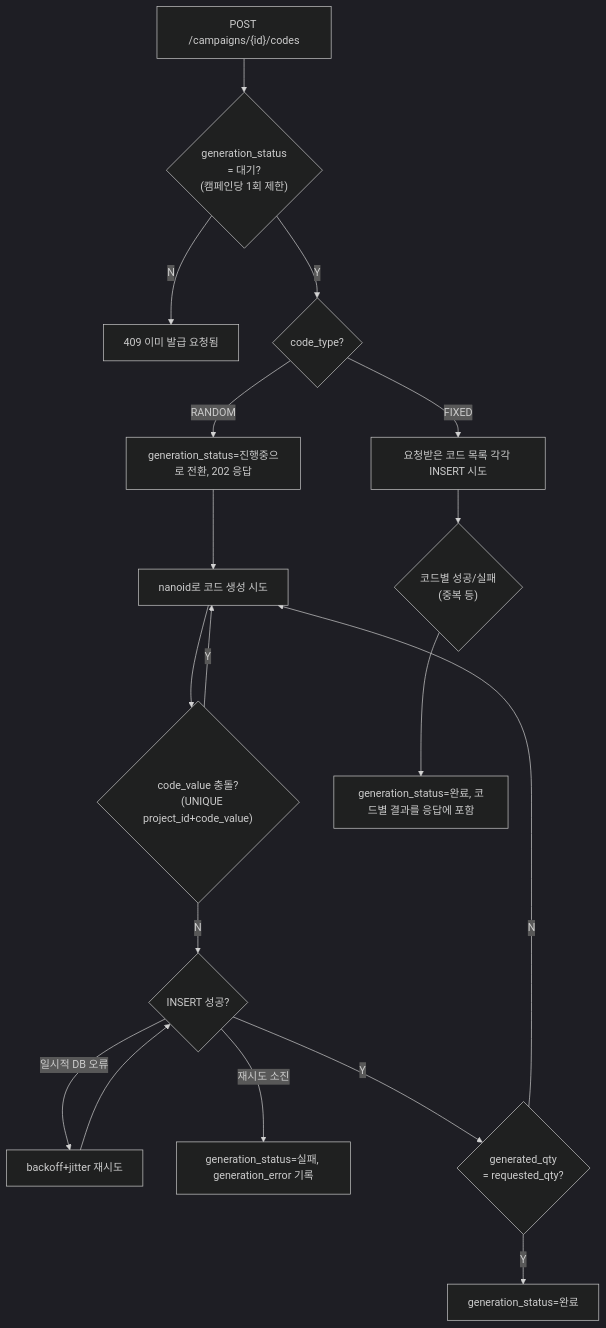
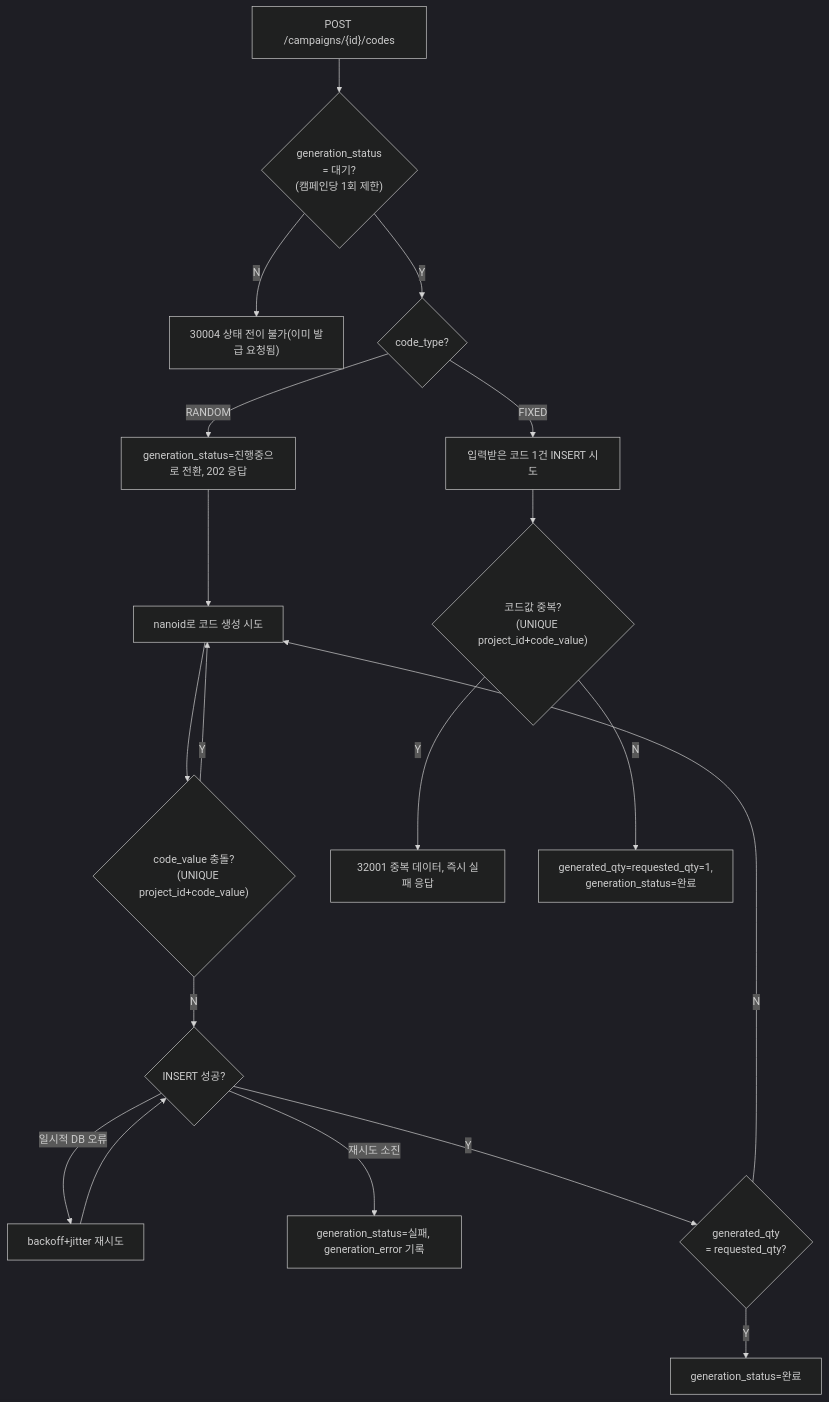
The second of 2 diagrams in docs/04_COUPON_ISSUANCE_SCENARIO.md (trisakion0500/coupon_platform), drawn with Mermaid (dark theme) before and after one commit. The commit also changed other lines of this file and 3 other files, not shown here.

````diff
--- a/docs/04_COUPON_ISSUANCE_SCENARIO.md
+++ b/docs/04_COUPON_ISSUANCE_SCENARIO.md
@@ -59,27 +61,29 @@
 ```mermaid
 flowchart TD
     A["POST /campaigns/{id}/codes"] --> B{"generation_status
     = 대기?
     (캠페인당 1회 제한)"}
-    B -- N --> B1["409 이미 발급 요청됨"]
+    B -- N --> B1["30004 상태 전이 불가(이미 발급 요청됨)"]
     B -- Y --> T{code_type?}
 
     T -- RANDOM --> R1["generation_status=진행중으로 전환, 202 응답"]
     R1 --> R2["nanoid로 코드 생성 시도"]
     R2 --> R3{"code_value 충돌?
     (UNIQUE project_id+code_value)"}
     R3 -- Y --> R2
     R3 -- N --> R4{"INSERT 성공?"}
     R4 -- "일시적 DB 오류" --> R5["backoff+jitter 재시도"]
     R5 --> R4
     R4 -- "재시도 소진" --> R6["generation_status=실패, generation_error 기록"]
     R4 -- Y --> R7{"generated_qty
     = requested_qty?"}
     R7 -- N --> R2
     R7 -- Y --> R8["generation_status=완료"]
 
-    T -- FIXED --> F1["요청받은 코드 목록 각각 INSERT 시도"]
-    F1 --> F2{"코드별 성공/실패
-    (중복 등)"}
-    F2 --> F3["generation_status=완료, 코드별 결과를 응답에 포함"]
+    T -- FIXED --> F1["입력받은 코드 1건 INSERT 시도"]
+    F1 --> F2{"코드값 중복?
+    (UNIQUE project_id+code_value)"}
+    F2 -- Y --> F3["32001 중복 데이터, 즉시 실패 응답"]
+    F2 -- N --> F4["generated_qty=requested_qty=1,
+    generation_status=완료"]
 ```
````
